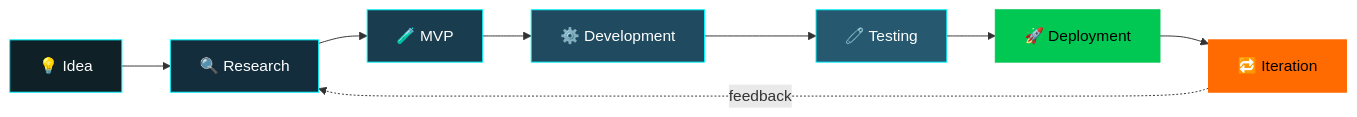
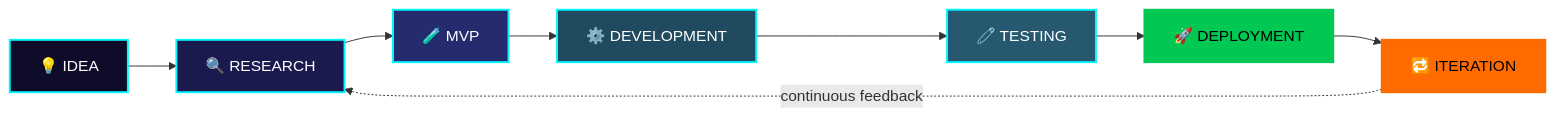
The first of 3 diagrams in README.md (mav8stro/mav8stro), drawn with Mermaid before and after one commit. The commit also changed other lines of this file, not shown here.

````diff
--- a/README.md
+++ b/README.md
@@ -49,18 +64,18 @@
 ```mermaid
 flowchart LR
-    A[💡 Idea] --> B[🔍 Research]
+    A[💡 IDEA] --> B[🔍 RESEARCH]
     B --> C[🧪 MVP]
-    C --> D[⚙️ Development]
-    D --> E[🧷 Testing]
-    E --> F[🚀 Deployment]
-    F --> G[🔁 Iteration]
-    G -.feedback.-> B
+    C --> D[⚙️ DEVELOPMENT]
+    D --> E[🧷 TESTING]
+    E --> F[🚀 DEPLOYMENT]
+    F --> G[🔁 ITERATION]
+    G -.continuous feedback.-> B
 
-    style A fill:#0F2027,stroke:#00F7FF,color:#fff
-    style B fill:#142d3d,stroke:#00F7FF,color:#fff
-    style C fill:#1a3c4f,stroke:#00F7FF,color:#fff
-    style D fill:#204a5f,stroke:#00F7FF,color:#fff
-    style E fill:#26596f,stroke:#00F7FF,color:#fff
-    style F fill:#00C853,stroke:#00C853,color:#000
-    style G fill:#FF6B00,stroke:#FF6B00,color:#000
+    style A fill:#0F0C29,stroke:#00F7FF,stroke-width:2px,color:#fff
+    style B fill:#1a1a4f,stroke:#00F7FF,stroke-width:2px,color:#fff
+    style C fill:#242b6f,stroke:#00F7FF,stroke-width:2px,color:#fff
+    style D fill:#204a5f,stroke:#00F7FF,stroke-width:2px,color:#fff
+    style E fill:#26596f,stroke:#00F7FF,stroke-width:2px,color:#fff
+    style F fill:#00C853,stroke:#00C853,stroke-width:2px,color:#000
+    style G fill:#FF6B00,stroke:#FF6B00,stroke-width:2px,color:#000
 ```
````
